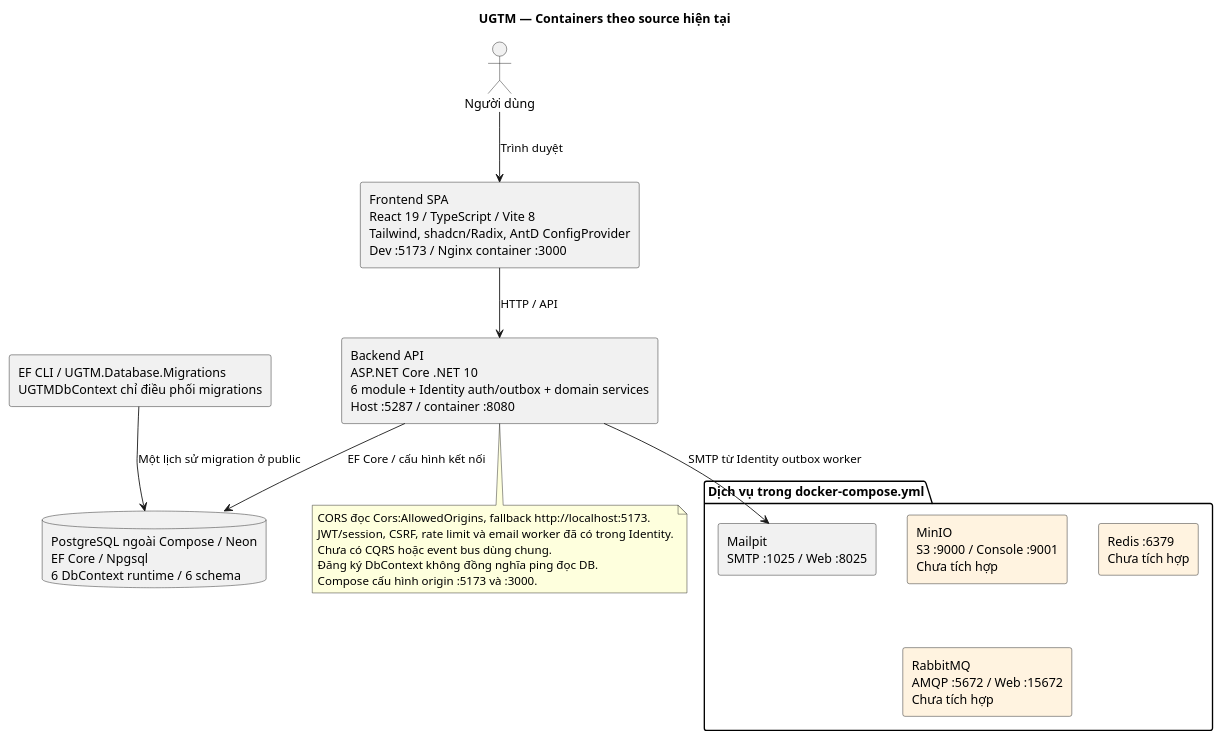
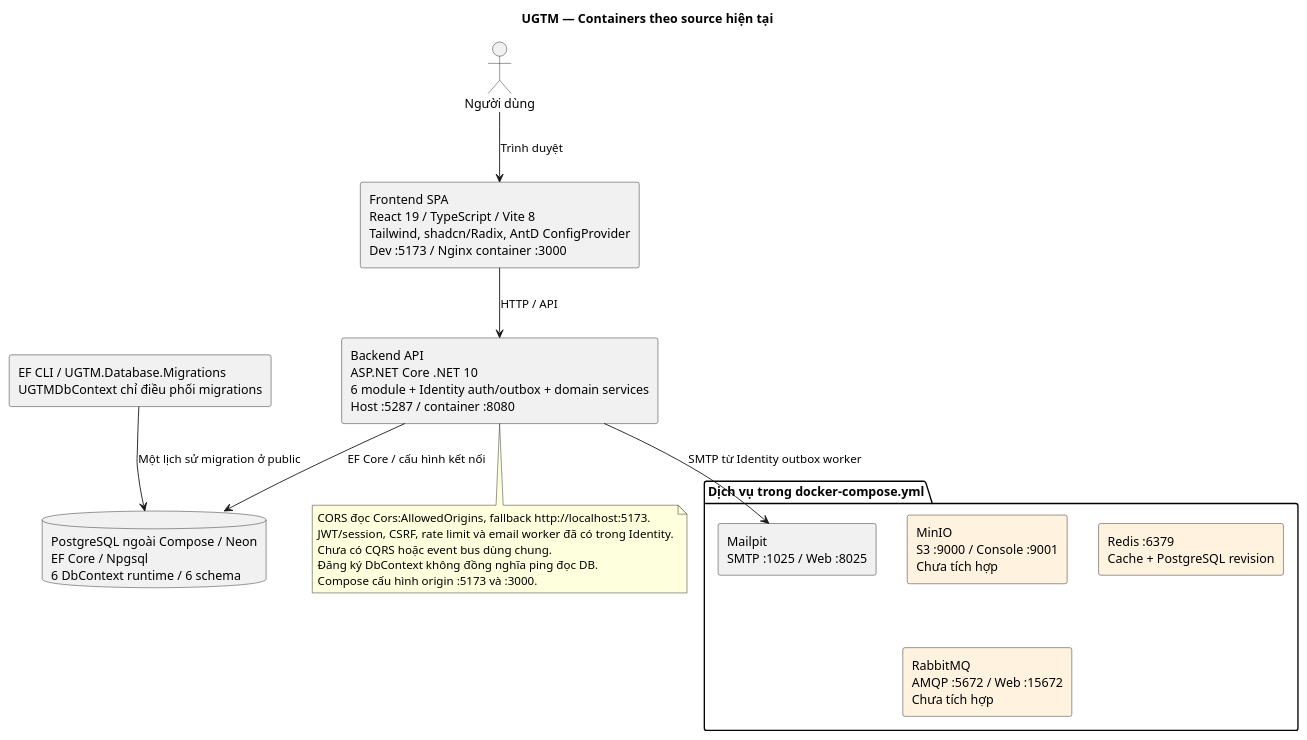
One commit to karasuma-2401/UGTM changed the diagram in backend/docs/Architecture/PlantUML/C2_Containers.puml. Above: the diagram before and after it, drawn with PlantUML. The commit also changed 38 other files, not shown here.

```diff
--- a/backend/docs/Architecture/PlantUML/C2_Containers.puml
+++ b/backend/docs/Architecture/PlantUML/C2_Containers.puml
@@ -1,27 +1,27 @@
 @startuml C2_Containers
 skinparam shadowing false
 title UGTM — Containers theo source hiện tại
 actor "Người dùng" as User
 rectangle "Frontend SPA\nReact 19 / TypeScript / Vite 8\nTailwind, shadcn/Radix, AntD ConfigProvider\nDev :5173 / Nginx container :3000" as FE
 rectangle "Backend API\nASP.NET Core .NET 10\n6 module + Identity auth/outbox + domain services\nHost :5287 / container :8080" as API
 database "PostgreSQL ngoài Compose / Neon\nEF Core / Npgsql\n6 DbContext runtime / 6 schema" as DB
 rectangle "EF CLI / UGTM.Database.Migrations\nUGTMDbContext chỉ điều phối migrations" as Migration
 package "Dịch vụ trong docker-compose.yml" {
  rectangle "Mailpit\nSMTP :1025 / Web :8025" as Mail
  rectangle "MinIO\nS3 :9000 / Console :9001\nChưa tích hợp" as Storage #FFF3E0
- rectangle "Redis :6379\nChưa tích hợp" as Cache #FFF3E0
+ rectangle "Redis :6379\nCache + PostgreSQL revision" as Cache #FFF3E0
  rectangle "RabbitMQ\nAMQP :5672 / Web :15672\nChưa tích hợp" as MQ #FFF3E0
 }
 User --> FE : Trình duyệt
 FE --> API : HTTP / API
 API --> DB : EF Core / cấu hình kết nối
 API --> Mail : SMTP từ Identity outbox worker
 Migration --> DB : Một lịch sử migration ở public
 note bottom of API
 CORS đọc Cors:AllowedOrigins, fallback http://localhost:5173.
 JWT/session, CSRF, rate limit và email worker đã có trong Identity.
 Chưa có CQRS hoặc event bus dùng chung.
 Đăng ký DbContext không đồng nghĩa ping đọc DB.
 Compose cấu hình origin :5173 và :3000.
 end note
 @enduml
```
